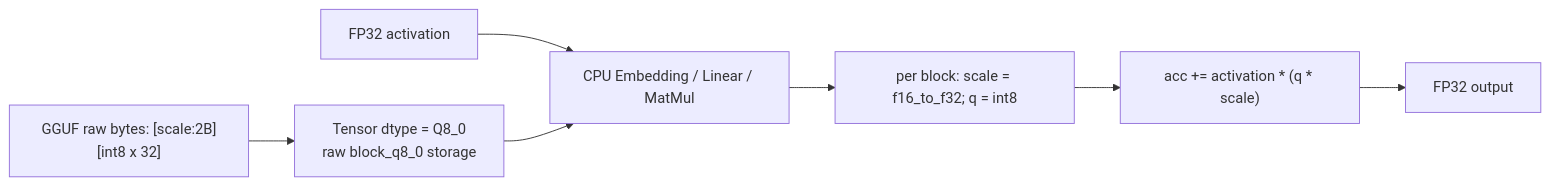
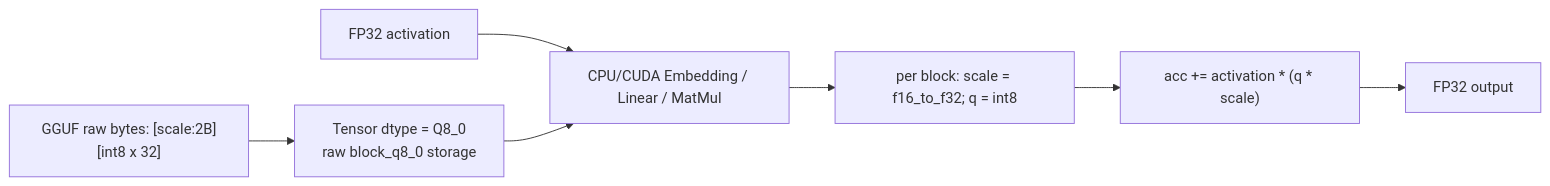
Before and after one commit to plutoaac/llmengine: the fifth of 6 diagrams in docs/runtime_flows.md, drawn with Mermaid. The commit also changed other lines of this file and 13 other files, not shown here.

````diff
--- a/docs/runtime_flows.md
+++ b/docs/runtime_flows.md
@@ -107,9 +109,9 @@
 ```mermaid
 flowchart LR
     RawBytes["GGUF raw bytes: [scale:2B][int8 x 32]"] --> StoreQ8["Tensor dtype = Q8_0\nraw block_q8_0 storage"]
-    Act["FP32 activation"] --> Kernel["CPU Embedding / Linear / MatMul"]
+    Act["FP32 activation"] --> Kernel["CPU/CUDA Embedding / Linear / MatMul"]
     StoreQ8 --> Kernel
     Kernel --> BlockLoop["per block: scale = f16_to_f32; q = int8"]
     BlockLoop --> Dot["acc += activation * (q * scale)"]
     Dot --> Out["FP32 output"]
 ```
````
